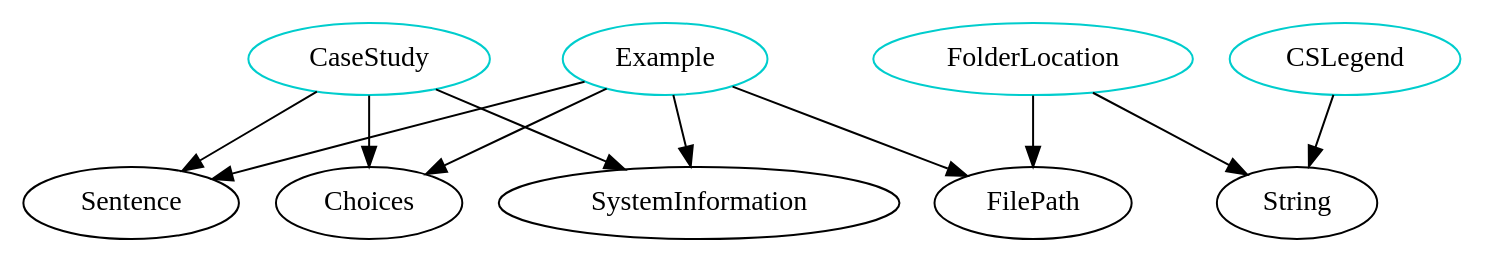
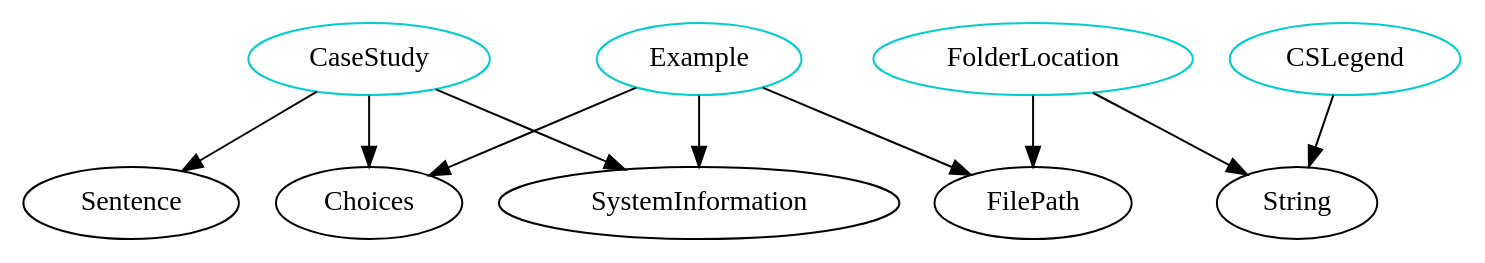
One commit to JacquesCarette/Drasil changed the diagram in analysis/TypeDependencyGraphs/website.dot. Above: the diagram before and after it, drawn with Graphviz. The commit also changed 18423 other files, not shown here.

```diff
--- a/analysis/TypeDependencyGraphs/website.dot
+++ b/analysis/TypeDependencyGraphs/website.dot
@@ -1,42 +1,41 @@
 digraph alltypes {
 	subgraph main {
 	}
 	subgraph about {
 	}
 	subgraph analyiss {
 	}
 	subgraph body {
 		subgraph folderlocation{
 		FolderLocation	[shape=oval, color=cyan3, label="FolderLocation"];
 		FolderLocation -> FilePath;
 		FolderLocation -> String;
 		}
 	}
 	subgraph caestudys {
 		subgraph casestudy{
 		CaseStudy	[shape=oval, color=cyan3, label="CaseStudy"];
 		CaseStudy -> SystemInformation;
 		CaseStudy -> Sentence;
 		CaseStudy -> Choices;
 		}
 		subgraph cslegend{
 		CSLegend	[shape=oval, color=cyan3, label="CSLegend"];
 		CSLegend -> String;
 		}
 	}
 	subgraph documentation {
 	}
 	subgraph example {
 		subgraph example{
 		Example	[shape=oval, color=cyan3, label="Example"];
 		Example -> SystemInformation;
-		Example -> Sentence;
 		Example -> Choices;
 		Example -> FilePath;
 		}
 	}
 	subgraph gettingstarted {
 	}
 	subgraph introduction {
 	}
 }
```
